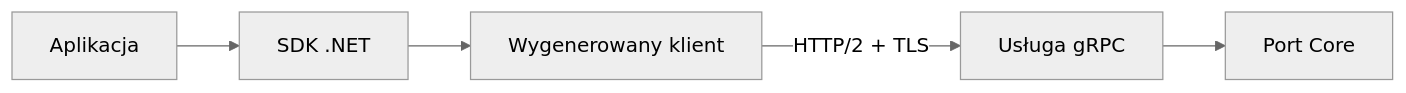
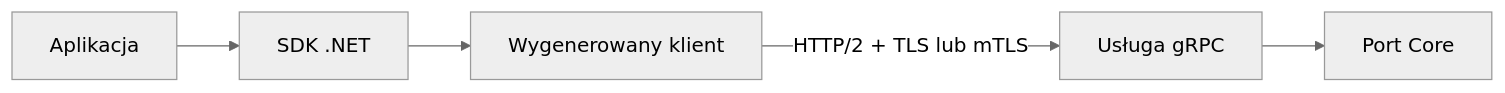
The diagram in docs/explanation/grpc-protobuf.md (pq4u/RocketMQ), drawn with Mermaid (neutral theme) before and after one commit. The commit also changed other lines of this file and 30 other files, not shown here.

```diff
--- a/docs/explanation/grpc-protobuf.md
+++ b/docs/explanation/grpc-protobuf.md
@@ -13,7 +13,7 @@
 ~~~mermaid
 flowchart LR
     APP[Aplikacja] --> SDK[SDK .NET]
     SDK --> STUB[Wygenerowany klient]
-    STUB -->|HTTP/2 + TLS| SERVICE[Usługa gRPC]
+    STUB -->|HTTP/2 + TLS lub mTLS| SERVICE[Usługa gRPC]
     SERVICE --> CORE[Port Core]
 ~~~
```
